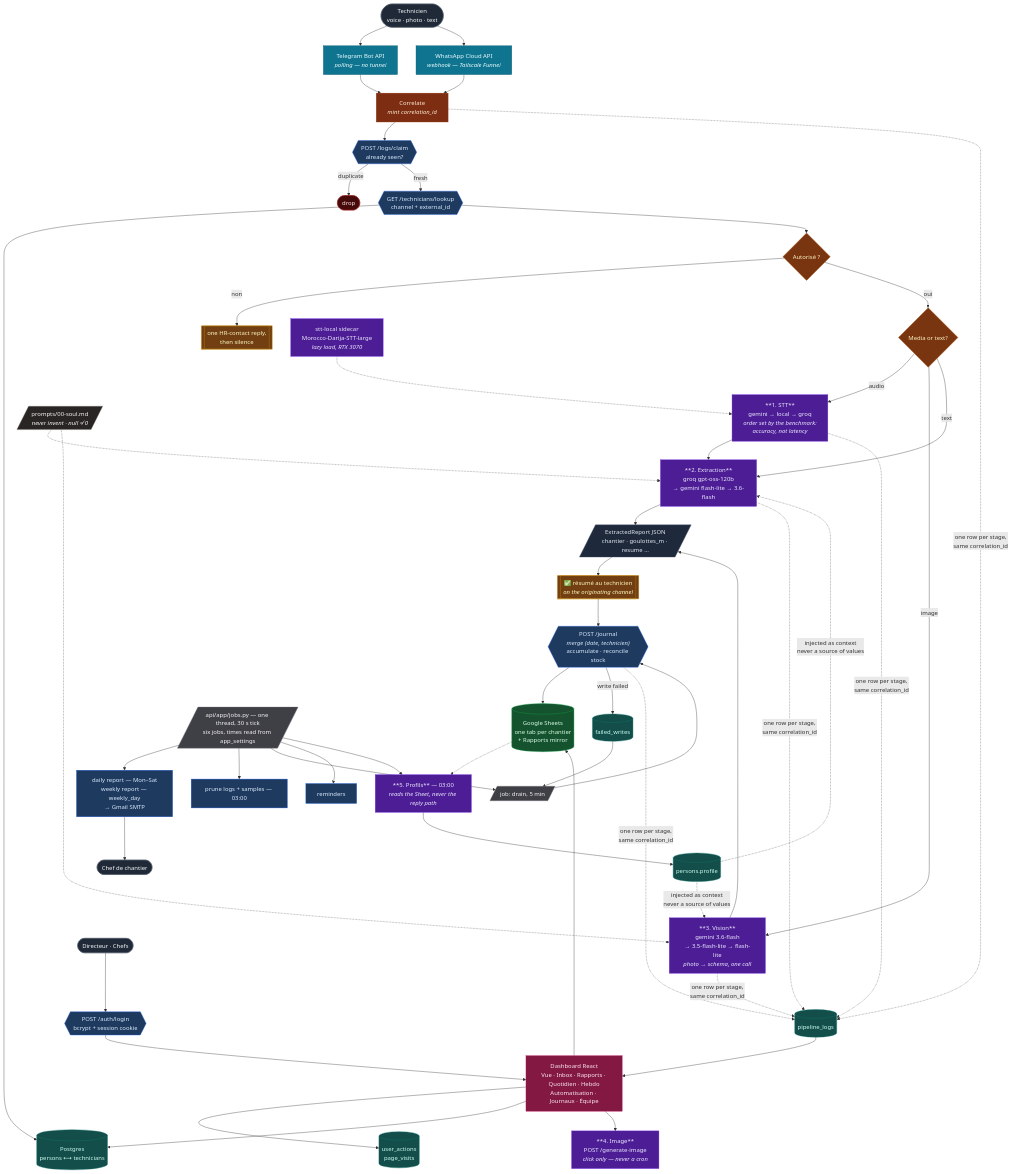
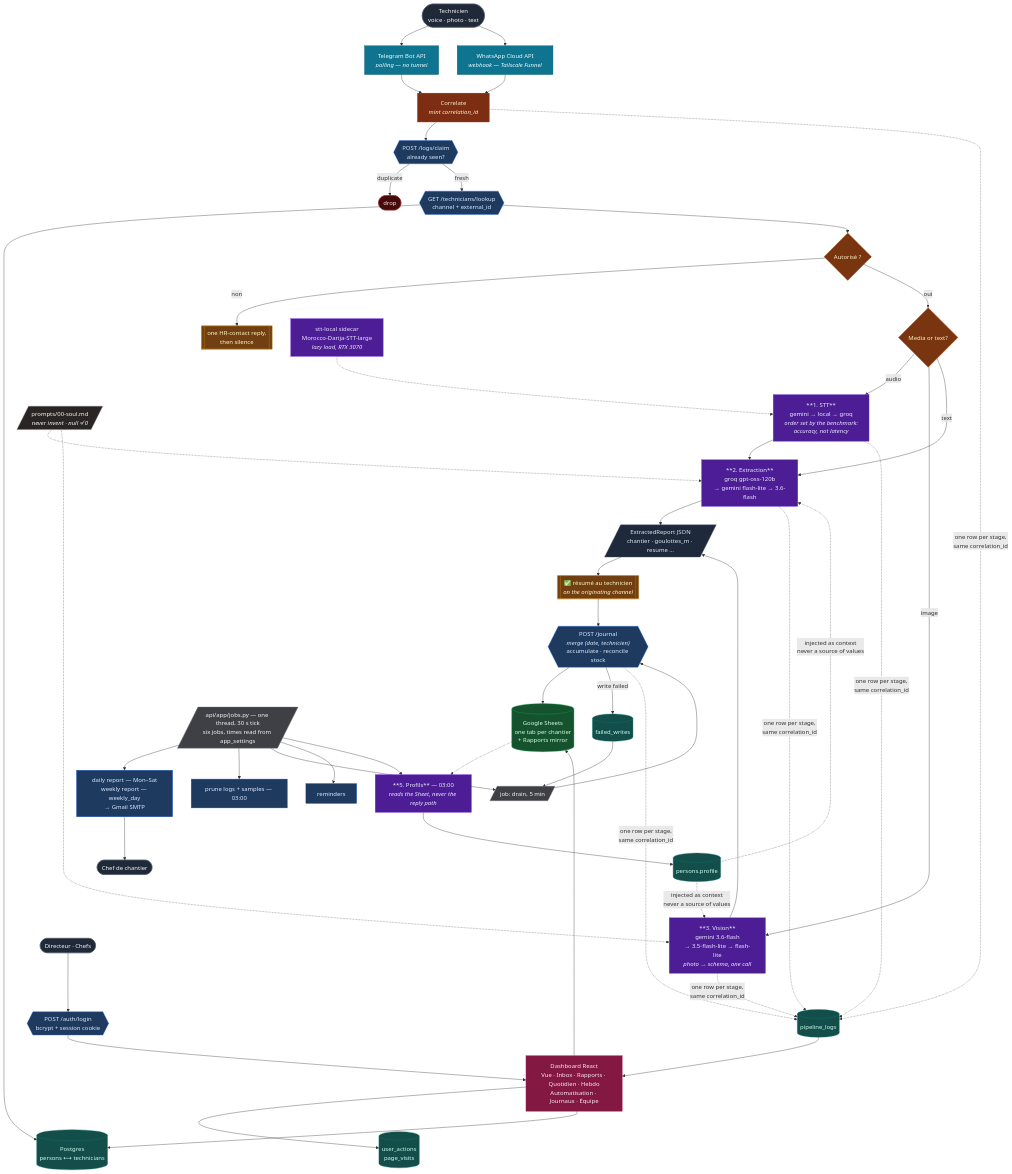
The diagram in README.md (yassine808/PFE-aznet), drawn with Mermaid before and after one commit. The commit also changed 3 other files, not shown here.

````diff
--- a/README.md
+++ b/README.md
@@ -11,74 +11,73 @@
 ```mermaid
 flowchart TB
     %% ── Reception ────────────────────────────────────────────────
     TECH([Technicien<br/>voice · photo · text]):::actor
     TG[Telegram Bot API<br/><i>polling — no tunnel</i>]:::chan
     WA[WhatsApp Cloud API<br/><i>webhook — Tailscale Funnel</i>]:::chan
     TECH --> TG & WA
 
     %% ── Access control ───────────────────────────────────────────
     TG & WA --> CORR[Correlate<br/><i>mint correlation_id</i>]:::n8n
     CORR --> CLAIM{{"POST /logs/claim<br/>already seen?"}}:::api
     CLAIM -- duplicate --> STOP([drop]):::stop
     CLAIM -- fresh --> LOOKUP{{"GET /technicians/lookup<br/>channel + external_id"}}:::api
     LOOKUP --> DB[(Postgres<br/>persons ⟷ technicians)]:::db
     LOOKUP --> AUTHZ{Autorisé ?}:::dec
     AUTHZ -- non --> HR[["one HR-contact reply,<br/>then silence"]]:::reply
     AUTHZ -- oui --> KIND{Media or text?}:::dec
 
     %% ── The five models (4 and 5 fire outside this path) ─────────
     KIND -- audio --> STT["**1. STT**<br/>gemini → local → groq<br/><i>order set by the benchmark:<br/>accuracy, not latency</i>"]:::ai
     GPU["stt-local sidecar<br/>Morocco-Darija-STT-large<br/><i>lazy load, RTX 3070</i>"]:::ai -.-> STT
     KIND -- image --> VIS["**3. Vision**<br/>gemini 3.6-flash<br/>→ 3.5-flash-lite → flash-lite<br/><i>photo → schema, one call</i>"]:::ai
     KIND -- text --> TXT["**2. Extraction**<br/>groq gpt-oss-120b<br/>→ gemini flash-lite → 3.6-flash"]:::ai
     STT --> TXT
 
     PROF[(persons.profile)]:::db -. "injected as context<br/>never a source of values" .-> TXT & VIS
     SOUL[/"prompts/00-soul.md<br/><i>never invent · null ≠ 0</i>"/]:::prompt -.-> TXT & VIS
 
     TXT & VIS --> JSON[/"ExtractedReport JSON<br/>chantier · goulottes_m · resume …"/]:::data
 
     %% ── Reply first, then the Sheet ──────────────────────────────
     JSON --> REPLY[["✅ résumé au technicien<br/><i>on the originating channel</i>"]]:::reply
     REPLY --> JOURNAL{{"POST /journal<br/><i>merge (date, technicien)</i><br/>accumulate · reconcile stock"}}:::api
     JOURNAL --> SHEET[(Google Sheets<br/>one tab per chantier<br/>+ Rapports mirror)]:::sheet
     JOURNAL -- write failed --> QUEUE[(failed_writes)]:::db
     QUEUE --> RETRY[/"job: drain, 5 min"/]:::cron
     RETRY --> JOURNAL
 
     %% ── Scheduled jobs ───────────────────────────────────────────
     SCHED[/"api/app/jobs.py — one thread, 30 s tick<br/>six jobs, times read from app_settings"/]:::cron
     SCHED --> MAIL["daily report — Mon–Sat<br/>weekly report — weekly_day<br/>→ Gmail SMTP"]:::api
     SCHED --> PRUNE["prune logs + samples — 03:00"]:::api
     SCHED --> RETRY
     SCHED --> REMIND[reminders]:::api
     SCHED --> REFRESH["**5. Profils** — 03:00<br/><i>reads the Sheet, never the reply path</i>"]:::ai
     SHEET -.-> REFRESH --> PROF
     MAIL --> BOSS([Chef de chantier]):::actor
 
     %% ── Dashboard ────────────────────────────────────────────────
     ADMIN([Directeur · Chefs]):::actor --> LOGIN{{"POST /auth/login<br/>bcrypt + session cookie"}}:::api
     LOGIN --> DASH[Dashboard React<br/>Vue · Inbox · Rapports · Quotidien · Hebdo<br/>Automatisation · Journaux · Équipe]:::ui
     DASH --> AUDIT[(user_actions<br/>page_visits)]:::db
     DASH --> SHEET & DB
-    DASH --> IMG["**4. Image**<br/>POST /generate-image<br/><i>click only — never a cron</i>"]:::ai
 
     %% ── Logging spine ────────────────────────────────────────────
     CORR & STT & TXT & VIS & JOURNAL -. "one row per stage,<br/>same correlation_id" .-> LOGS[(pipeline_logs)]:::db
     LOGS --> DASH
 
     classDef actor  fill:#1f2937,stroke:#4b5563,color:#f9fafb
     classDef chan   fill:#0e7490,stroke:#155e75,color:#ecfeff
     classDef n8n    fill:#7c2d12,stroke:#9a3412,color:#ffedd5
     classDef api    fill:#1e3a5f,stroke:#2563eb,color:#dbeafe
     classDef ai     fill:#4c1d95,stroke:#7c3aed,color:#ede9fe
     classDef db     fill:#134e4a,stroke:#0f766e,color:#ccfbf1
     classDef sheet  fill:#14532d,stroke:#16a34a,color:#dcfce7
     classDef reply  fill:#713f12,stroke:#ca8a04,color:#fef9c3
     classDef cron   fill:#3f3f46,stroke:#71717a,color:#f4f4f5
     classDef ui     fill:#831843,stroke:#be185d,color:#fce7f3
     classDef data   fill:#1e293b,stroke:#475569,color:#e2e8f0
     classDef prompt fill:#292524,stroke:#78716c,color:#f5f5f4
     classDef dec    fill:#78350f,stroke:#b45309,color:#fef3c7
     classDef stop   fill:#450a0a,stroke:#991b1b,color:#fee2e2
 ```
````
